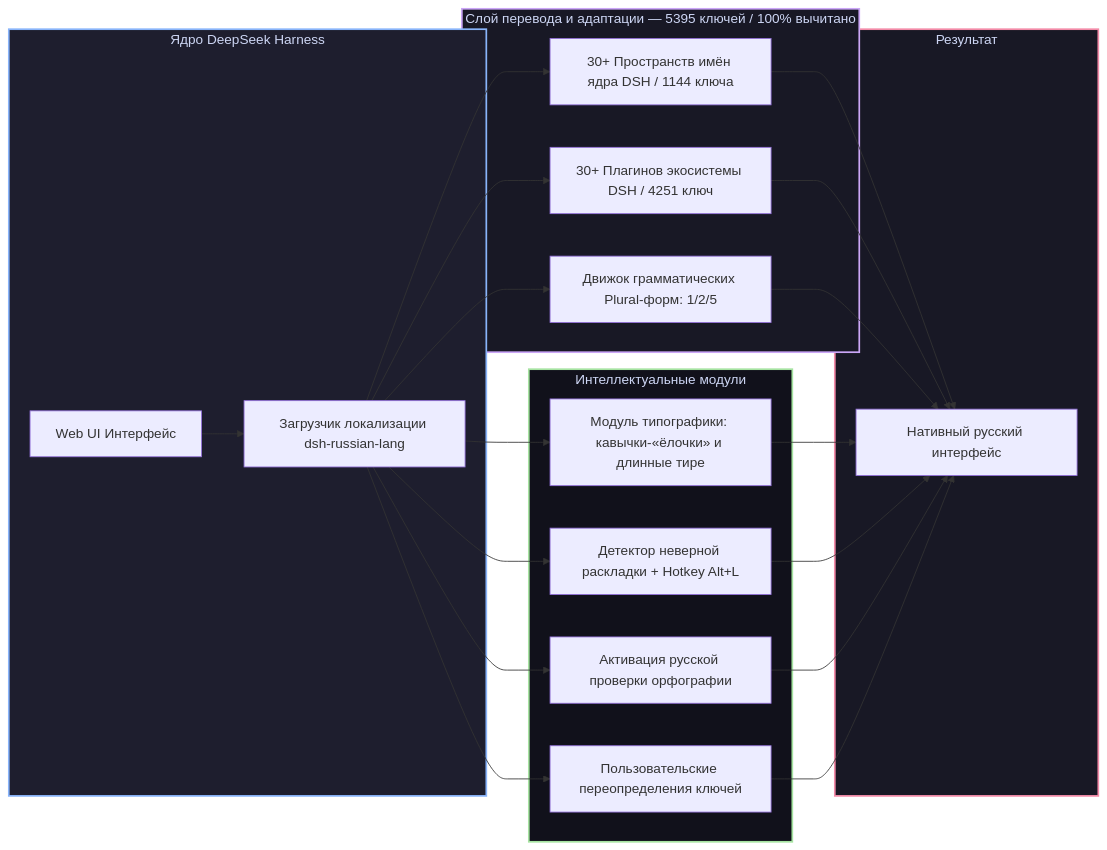
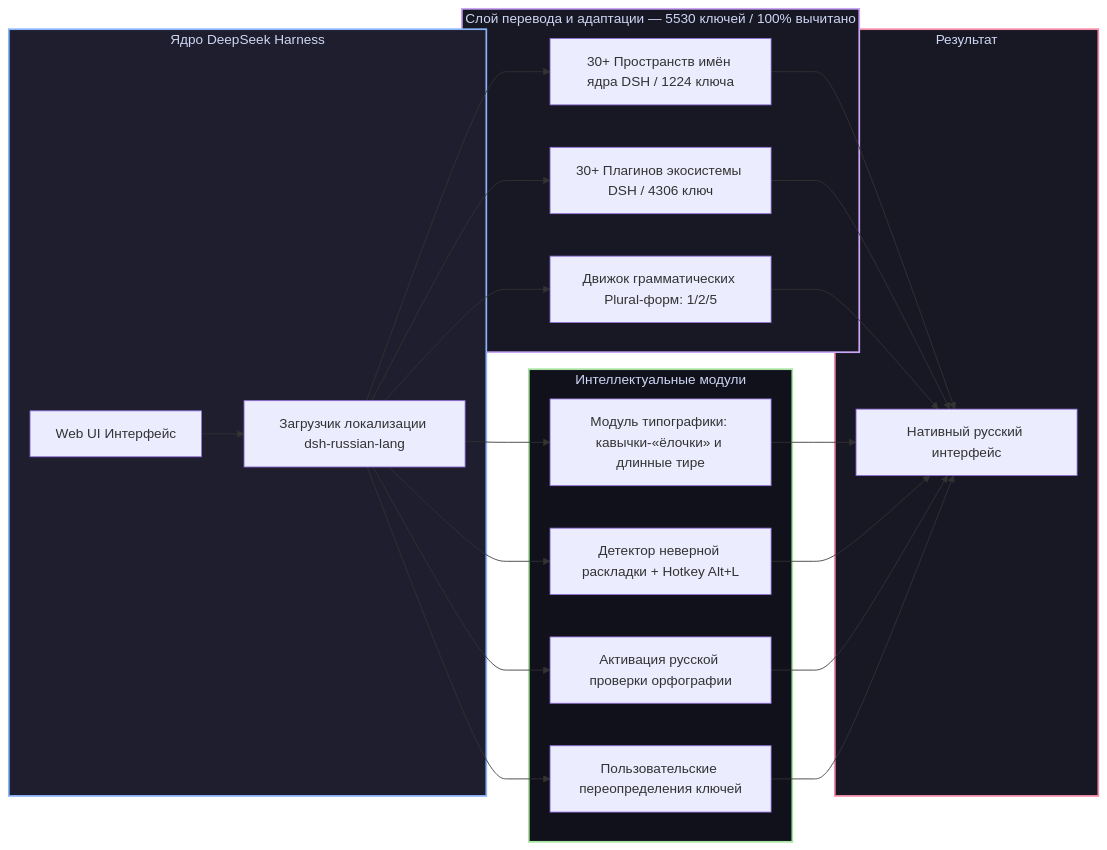
Before and after one commit to GooDAnDReaDY/dsh-russian-lang: the diagram in README.md, drawn with Mermaid. The commit also changed other lines of this file and 17 other files, not shown here.

````diff
--- a/README.md
+++ b/README.md
@@ -39,34 +39,34 @@
 ```mermaid
 graph LR
     subgraph DSHCore [Ядро DeepSeek Harness]
         DSH[Web UI Интерфейс] --> Loader[Загрузчик локализации dsh-russian-lang]
     end
 
-    subgraph TranslationLayer [Слой перевода и адаптации — 5395 ключей / 100% вычитано]
-        Loader --> CoreDict[30+ Пространств имён ядра DSH / 1144 ключа]
-        Loader --> PluginDict[30+ Плагинов экосистемы DSH / 4251 ключ]
+    subgraph TranslationLayer [Слой перевода и адаптации — 5530 ключей / 100% вычитано]
+        Loader --> CoreDict[30+ Пространств имён ядра DSH / 1224 ключа]
+        Loader --> PluginDict[30+ Плагинов экосистемы DSH / 4306 ключ]
         Loader --> PluralEngine[Движок грамматических Plural-форм: 1/2/5]
     end
 
     subgraph SmartFeatures [Интеллектуальные модули]
         Loader --> Typo[Модуль типографики: кавычки-«ёлочки» и длинные тире]
         Loader --> LayoutFix[Детектор неверной раскладки + Hotkey Alt+L]
         Loader --> Spell[Активация русской проверки орфографии]
         Loader --> Overrides[Пользовательские переопределения ключей]
     end
 
     subgraph Result [Результат]
         CoreDict --> NativeUI[Нативный русский интерфейс]
         PluginDict --> NativeUI
         PluralEngine --> NativeUI
         Typo --> NativeUI
         LayoutFix --> NativeUI
         Spell --> NativeUI
         Overrides --> NativeUI
     end
 
     style DSHCore fill:#1e1e2e,stroke:#89b4fa,stroke-width:2px,color:#cdd6f4
     style TranslationLayer fill:#181825,stroke:#cba6f7,stroke-width:2px,color:#cdd6f4
     style SmartFeatures fill:#11111b,stroke:#a6e3a1,stroke-width:2px,color:#cdd6f4
     style Result fill:#181825,stroke:#f38ba8,stroke-width:2px,color:#cdd6f4
 ```
````
